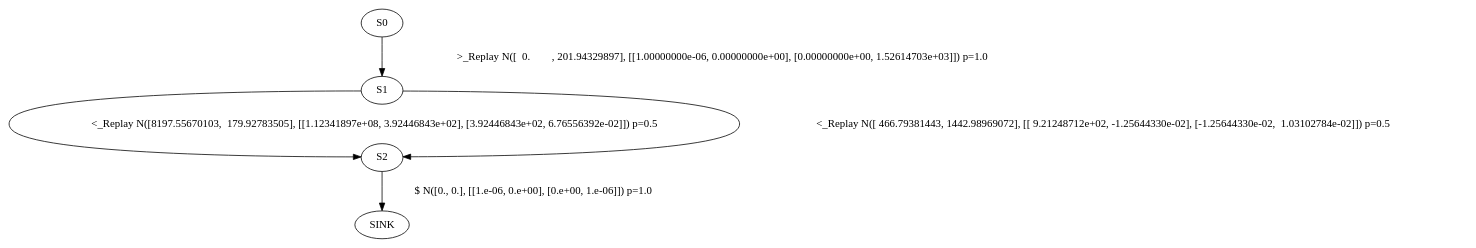
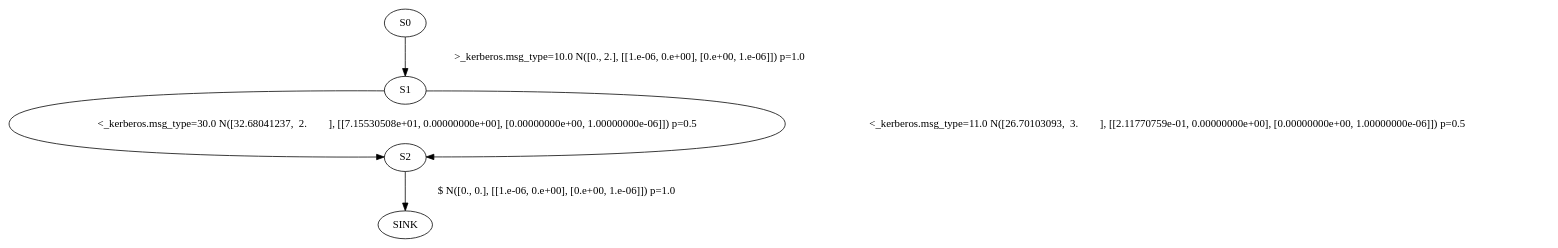
The diagram in crates/fosr-lib/default_models/cupid/automata/krb.dot (Fos-R/Fos-R), drawn with Graphviz before and after one commit. The commit also changed 186 other files, not shown here.

```diff
--- a/crates/fosr-lib/default_models/cupid/automata/krb.dot
+++ b/crates/fosr-lib/default_models/cupid/automata/krb.dot
@@ -1,6 +1,6 @@
 digraph G {
-S0 -> S1 [label=">_Replay N([  0.        , 201.94329897], [[1.00000000e-06, 0.00000000e+00], [0.00000000e+00, 1.52614703e+03]]) p=1.0"]
-S1 -> S2 [label="<_Replay N([8197.55670103,  179.92783505], [[1.12341897e+08, 3.92446843e+02], [3.92446843e+02, 6.76556392e-02]]) p=0.5"]
-S1 -> S2 [label="<_Replay N([ 466.79381443, 1442.98969072], [[ 9.21248712e+02, -1.25644330e-02], [-1.25644330e-02,  1.03102784e-02]]) p=0.5"]
+S0 -> S1 [label=">_kerberos.msg_type=10.0 N([0., 2.], [[1.e-06, 0.e+00], [0.e+00, 1.e-06]]) p=1.0"]
+S1 -> S2 [label="<_kerberos.msg_type=30.0 N([32.68041237,  2.        ], [[7.15530508e+01, 0.00000000e+00], [0.00000000e+00, 1.00000000e-06]]) p=0.5"]
+S1 -> S2 [label="<_kerberos.msg_type=11.0 N([26.70103093,  3.        ], [[2.11770759e-01, 0.00000000e+00], [0.00000000e+00, 1.00000000e-06]]) p=0.5"]
 S2 -> SINK [label="$ N([0., 0.], [[1.e-06, 0.e+00], [0.e+00, 1.e-06]]) p=1.0"]
 }
```
